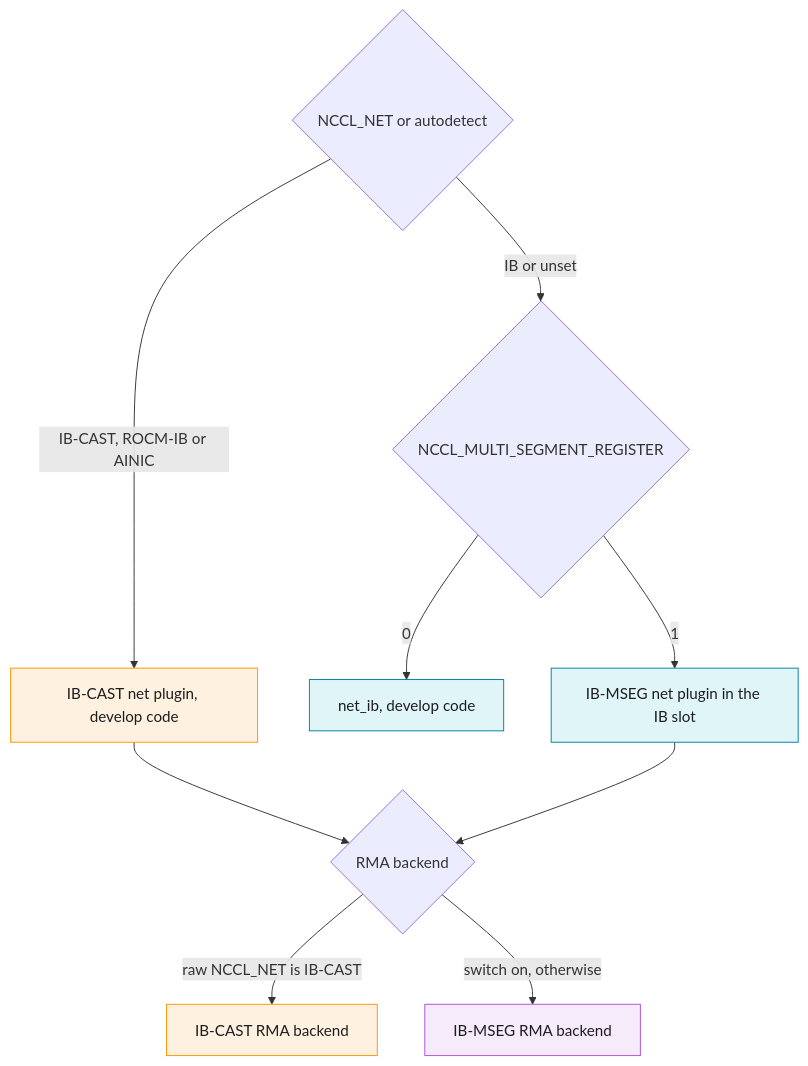
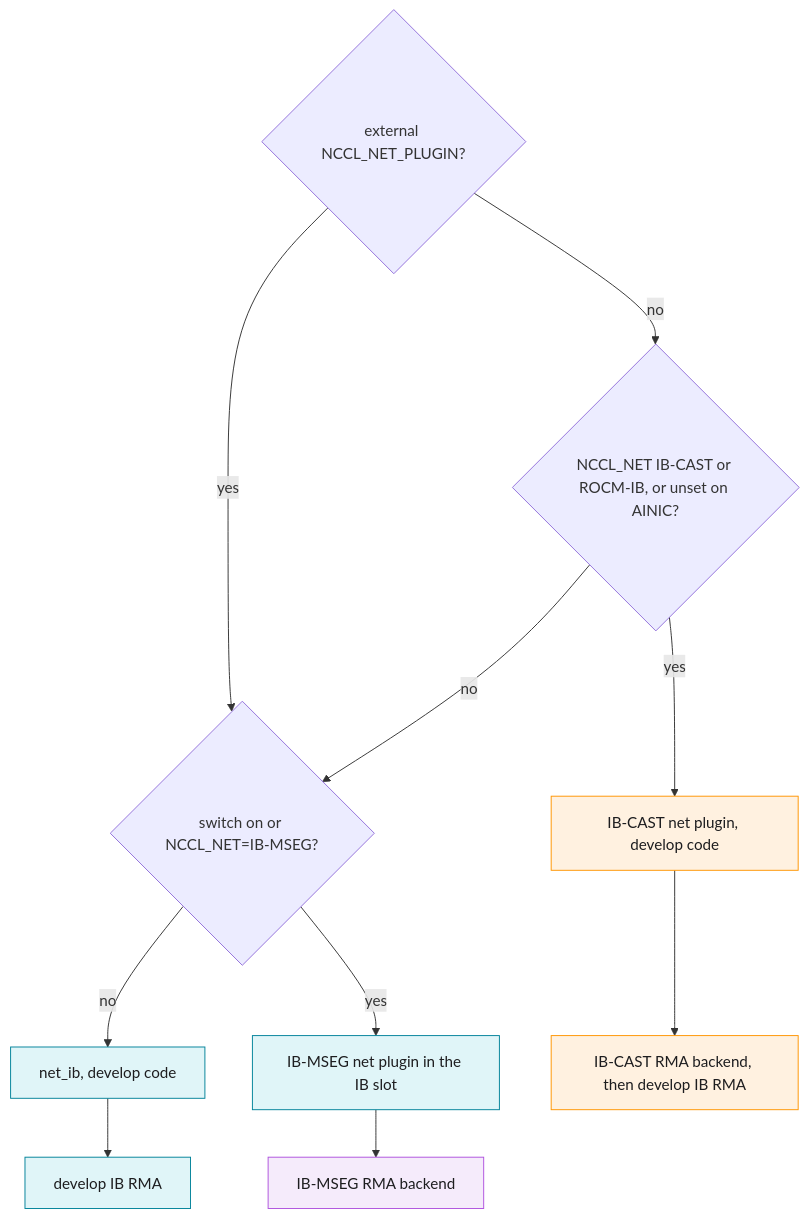
One commit to ROCm/rocm-systems changed the first of 7 diagrams in projects/rccl/docs/design/multi_segment_fork_plugin.md. Above: the diagram before and after it, drawn with Mermaid. The commit also changed other lines of this file and 19 other files, not shown here.

First line of the commit message:
docs: add per-fork IB-MSEG code walkthroughs and refresh the design book

````diff
--- a/projects/rccl/docs/design/multi_segment_fork_plugin.md
+++ b/projects/rccl/docs/design/multi_segment_fork_plugin.md
@@ -18,18 +17,19 @@
 ```mermaid
-%% caption: Which plugin a rank uses
+%% caption: Which net plugin and RMA backend a rank uses
 flowchart TD
- req{"NCCL_NET or autodetect"} -->|"IB-CAST, ROCM-IB or AINIC"| cast["IB-CAST net plugin, develop code"]
- req -->|"IB or unset"| sw{"NCCL_MULTI_SEGMENT_REGISTER"}
- sw -->|0| ib["net_ib, develop code"]
- sw -->|1| mseg["IB-MSEG net plugin in the IB slot"]
- cast --> rma{"RMA backend"}
- mseg --> rma
- rma -->|"raw NCCL_NET is IB-CAST"| castrma["IB-CAST RMA backend"]
- rma -->|"switch on, otherwise"| msegrma["IB-MSEG RMA backend"]
+ ext{"external NCCL_NET_PLUGIN?"} -->|no| req{"NCCL_NET IB-CAST or ROCM-IB, or unset on AINIC?"}
+ ext -->|yes| ms{"switch on or NCCL_NET=IB-MSEG?"}
+ req -->|yes| cast["IB-CAST net plugin, develop code"]
+ req -->|no| ms
+ ms -->|no| ib["net_ib, develop code"]
+ ms -->|yes| mseg["IB-MSEG net plugin in the IB slot"]
+ cast --> castrma["IB-CAST RMA backend, then develop IB RMA"]
+ mseg --> msegrma["IB-MSEG RMA backend"]
+ ib --> ibrma["develop IB RMA"]
  classDef netib fill:#e0f5f8,stroke:#008299,color:#1d1d1f
  classDef ibcast fill:#fff1e0,stroke:#ff9500,color:#1d1d1f
  classDef rma fill:#f5ebfb,stroke:#af52de,color:#1d1d1f
- class ib,mseg netib
+ class ib,mseg,ibrma netib
  class cast,castrma ibcast
  class msegrma rma
 ```
````
